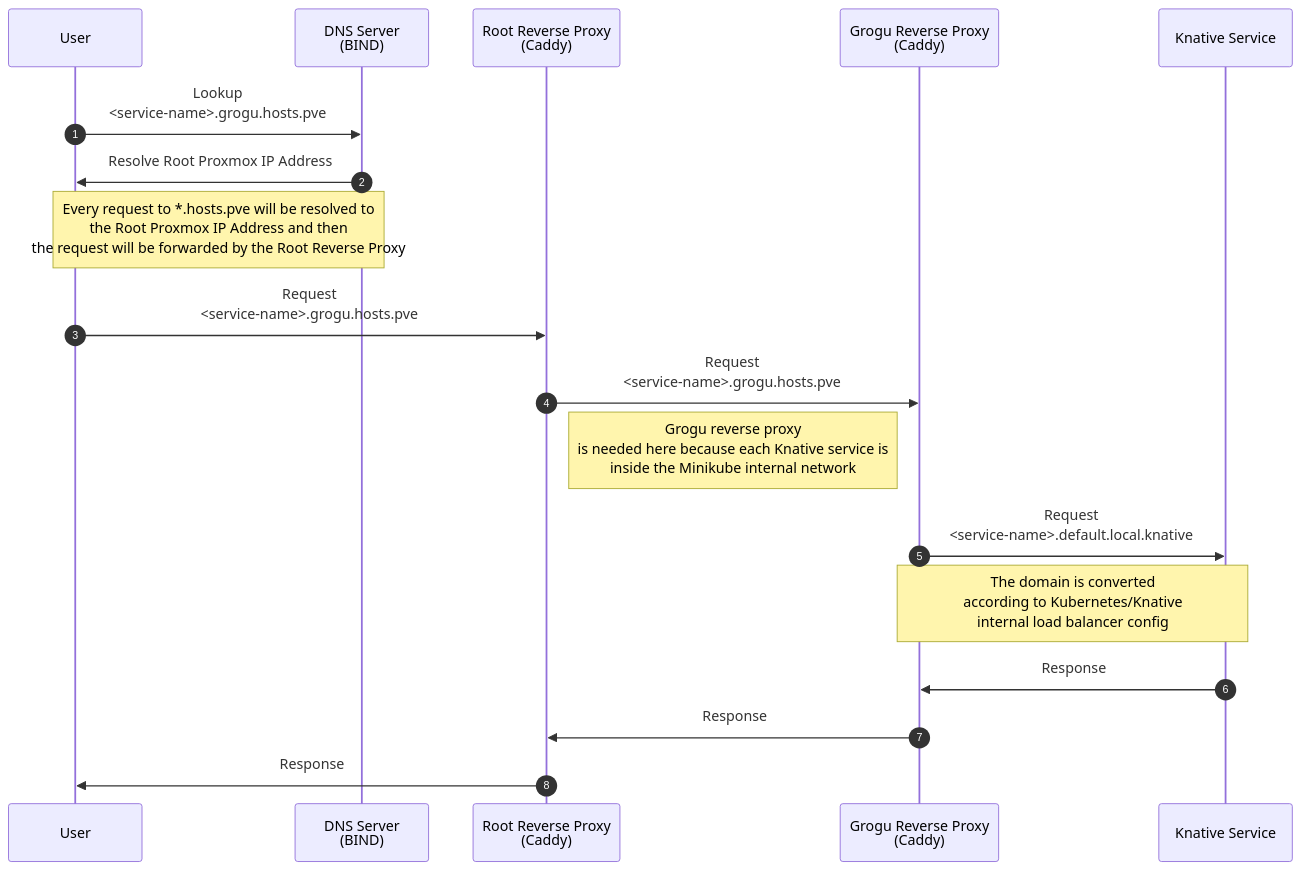
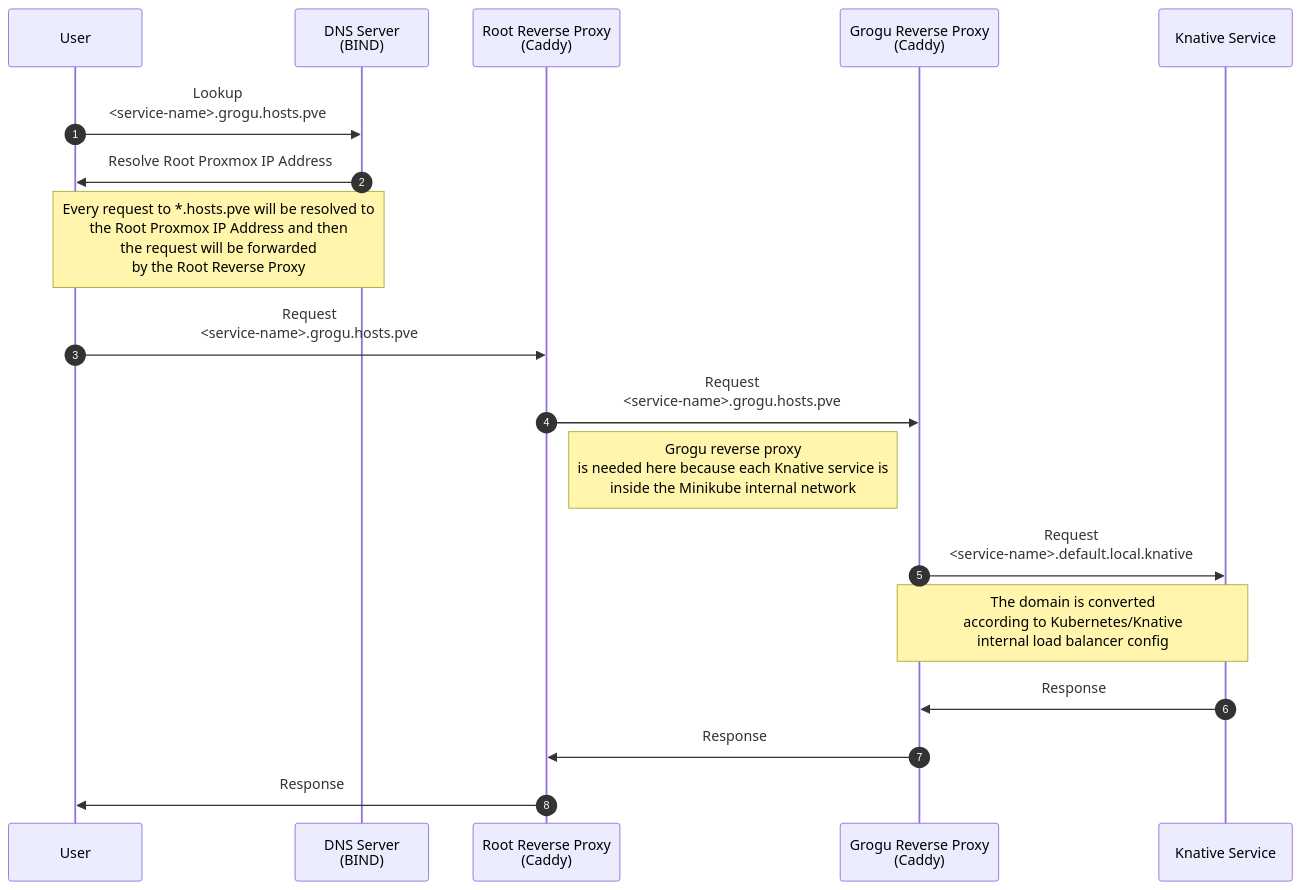
Before and after one commit to Syakhisk/proxmox-minikube-knative: the second of 2 diagrams in README.md, drawn with Mermaid. The commit also changed other lines of this file, not shown here.

Commit message:
Update networking sequence diagram

````diff
--- a/README.md
+++ b/README.md
@@ -88,25 +89,25 @@
 ```mermaid
 sequenceDiagram
   autonumber
   participant user as User
   participant bind as DNS Server <br> (BIND)
   participant rootCaddy as Root Reverse Proxy <br> (Caddy)
   participant svlCaddy as Grogu Reverse Proxy <br> (Caddy)
   participant svc as Knative Service
 
   user ->> bind: Lookup <br> <service-name>.grogu.hosts.pve
   bind ->> user: Resolve Root Proxmox IP Address
-  note over user,bind: Every request to *.hosts.pve will be resolved to <br> the Root Proxmox IP Address and then<br> the request will be forwarded by the Root Reverse Proxy
+  note over user,bind: Every request to *.hosts.pve will be resolved to <br> the Root Proxmox IP Address and then<br> the request will be forwarded <br>by the Root Reverse Proxy
 
   user ->> rootCaddy: Request <br> <service-name>.grogu.hosts.pve
 
   rootCaddy ->> svlCaddy: Request <br> <service-name>.grogu.hosts.pve
   note right of rootCaddy: Grogu reverse proxy <br> is needed here because each Knative service is <br> inside the Minikube internal network
 
   svlCaddy ->> svc: Request <br> <service-name>.default.local.knative
   note over svlCaddy,svc: The domain is converted <br> according to Kubernetes/Knative <br> internal load balancer config
 
   svc ->> svlCaddy: Response
   svlCaddy ->> rootCaddy: Response
   rootCaddy ->> user: Response
 ```
````
